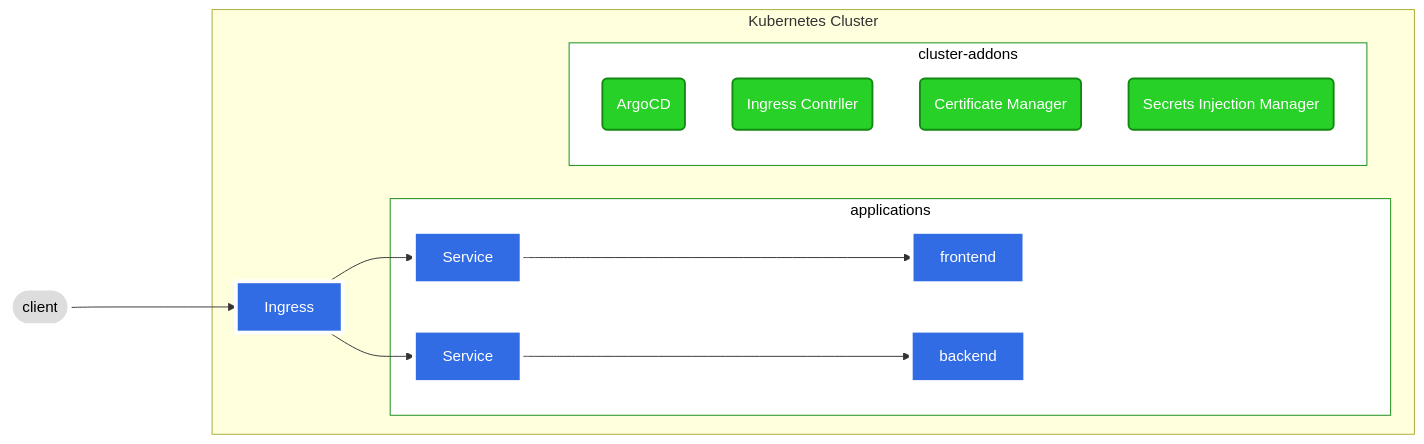
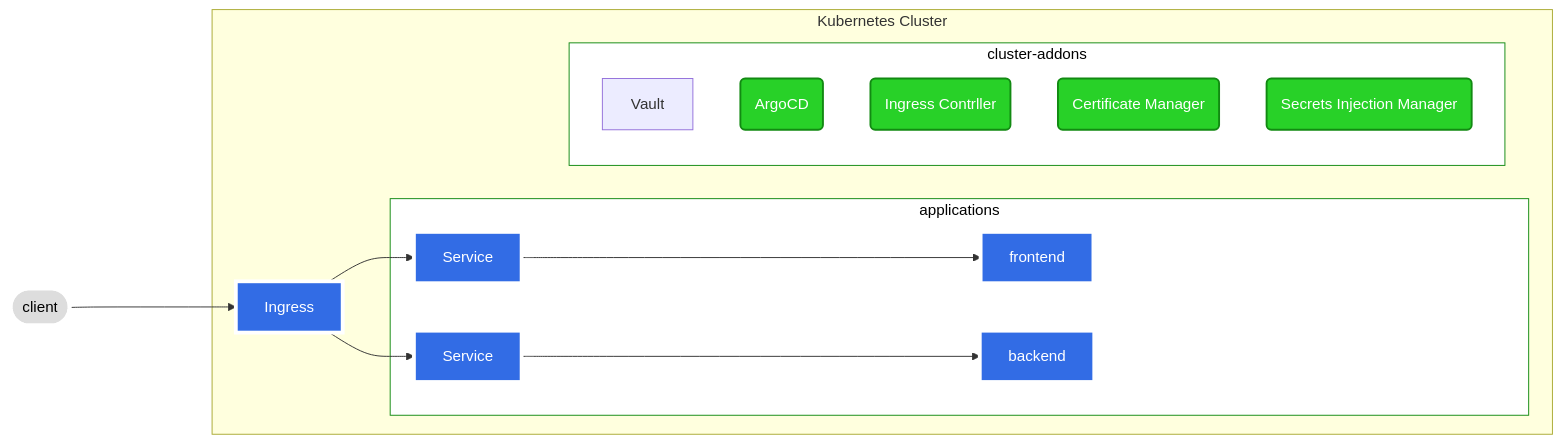
One commit to argo-universe/.github changed the second of 2 diagrams in profile/README.md. Above: the diagram before and after it, drawn with Mermaid. The commit also changed other lines of this file and 2 other files, not shown here.

````diff
--- a/profile/README.md
+++ b/profile/README.md
@@ -41,35 +37,36 @@
 ``` mermaid
 flowchart  LR
  client([client])---->ingress[Ingress];
  ingress--> service1[Service];
  ingress--> service2[Service];
  subgraph k8s ["Kubernetes Cluster"]
     ingress;
     subgraph applications
         service1-->pod1[frontend];
         service2-->pod2[backend];
     end
     subgraph cluster-addons
         
+        Vault;
         ArgoCD(ArgoCD);
         ING(Ingress Contrller)
         CM(Certificate Manager);
         SI(Secrets Injection Manager);
 
     end
  end
 
 
 
  classDef plain fill:#ddd,stroke:#fff,stroke-width:4px,color:#000;
  classDef k8sAddons fill:#28d128,stroke:#128a12,stroke-width:2px,color:#fff;
  classDef whiteBack fill:#fff,stroke:#128a12,stroke-width:1px,color:#000;
  classDef k8s fill:#326ce5,stroke:#fff,stroke-width:4px,color:#fff; 
  class ingress,service1,service2,pod1,pod2 k8s;
  class cluster-addons,applications whiteBack;
  class ArgoCD,CM,SI,ING k8sAddons;
  class client plain;
 
 
 
 ```
````
